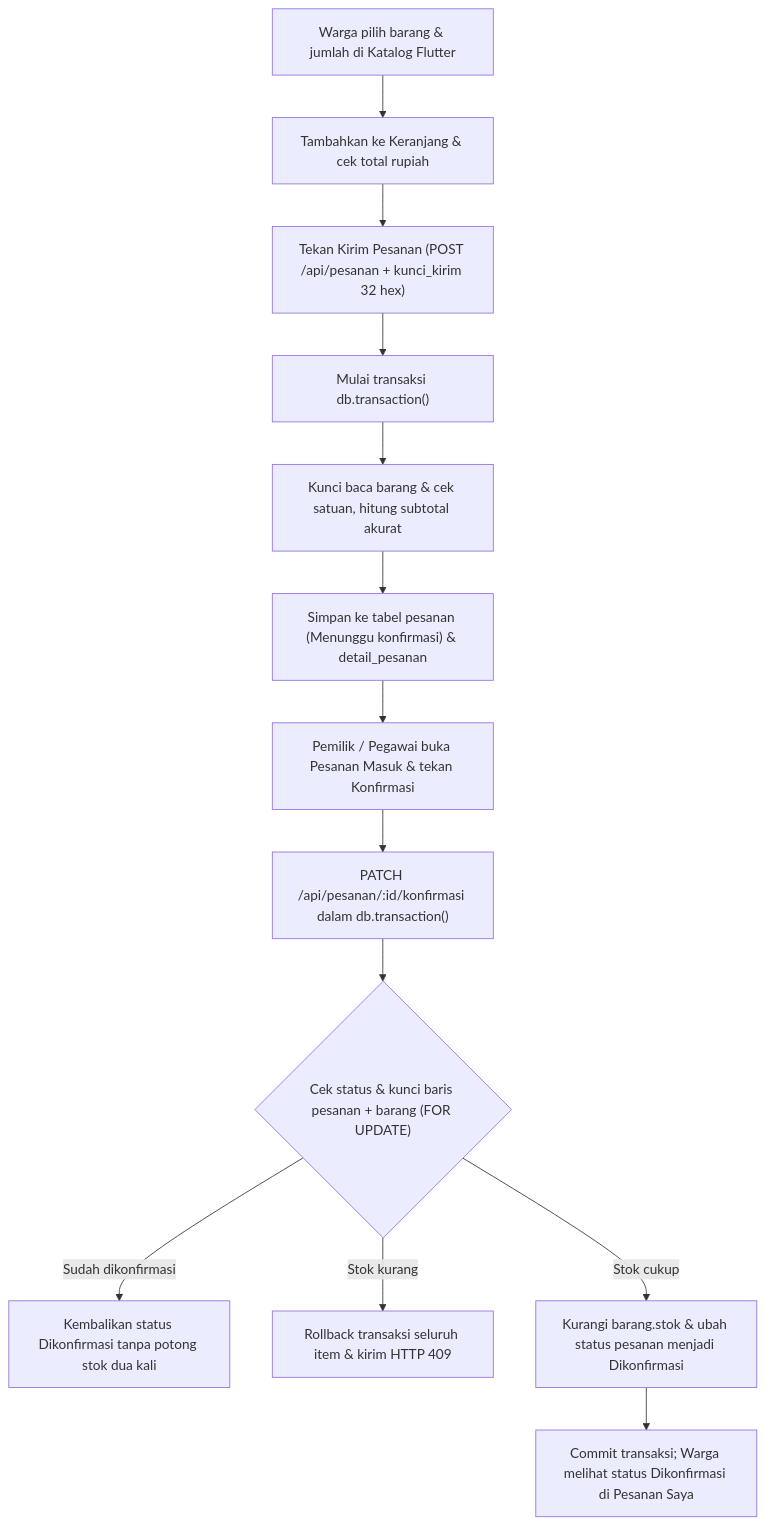
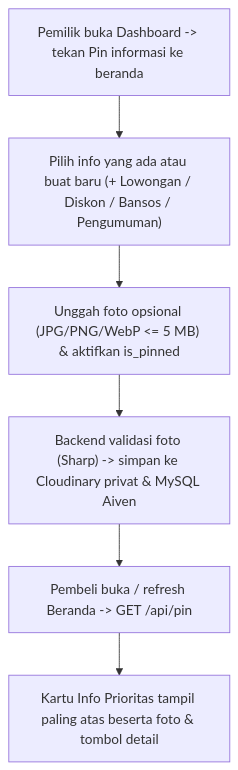
One commit to kaysan2519/RakRapi changed the fourth of 5 diagrams in docs/DIAGRAM-DAN-BLACKBOX-RAKRAPI.md. Above: the diagram before and after it, drawn with Mermaid. The commit also changed other lines of this file and 13 other files, not shown here.

Commit message:
docs: sinkronkan SRS, ERD 11 tabel, dokumentasi API, blackbox, panduan presentasi, dan bukti Pixel 8 V3

````diff
--- a/docs/DIAGRAM-DAN-BLACKBOX-RAKRAPI.md
+++ b/docs/DIAGRAM-DAN-BLACKBOX-RAKRAPI.md
@@ -148,15 +213,8 @@
 ```mermaid
 flowchart TD
-    A["Warga pilih barang & jumlah di Katalog Flutter"] --> B["Tambahkan ke Keranjang & cek total rupiah"]
-    B --> C["Tekan Kirim Pesanan (POST /api/pesanan + kunci_kirim 32 hex)"]
-    C --> D["Mulai transaksi db.transaction()"]
-    D --> E["Kunci baca barang & cek satuan, hitung subtotal akurat"]
-    E --> F["Simpan ke tabel pesanan (Menunggu konfirmasi) & detail_pesanan"]
-    F --> G["Pemilik / Pegawai buka Pesanan Masuk & tekan Konfirmasi"]
-    G --> H["PATCH /api/pesanan/:id/konfirmasi dalam db.transaction()"]
-    H --> I{"Cek status & kunci baris pesanan + barang (FOR UPDATE)"}
-    I -- "Sudah dikonfirmasi" --> J["Kembalikan status Dikonfirmasi tanpa potong stok dua kali"]
-    I -- "Stok kurang" --> K["Rollback transaksi seluruh item & kirim HTTP 409"]
-    I -- "Stok cukup" --> L["Kurangi barang.stok & ubah status pesanan menjadi Dikonfirmasi"]
-    L --> M["Commit transaksi; Warga melihat status Dikonfirmasi di Pesanan Saya"]
+    A["Pemilik buka Dashboard -> tekan Pin informasi ke beranda"] --> B["Pilih info yang ada atau buat baru (+ Lowongan / Diskon / Bansos / Pengumuman)"]
+    B --> C["Unggah foto opsional (JPG/PNG/WebP <= 5 MB) & aktifkan is_pinned"]
+    C --> D["Backend validasi foto (Sharp) -> simpan ke Cloudinary privat & MySQL Aiven"]
+    D --> E["Pembeli buka / refresh Beranda -> GET /api/pin"]
+    E --> F["Kartu Info Prioritas tampil paling atas beserta foto & tombol detail"]
 ```
````
